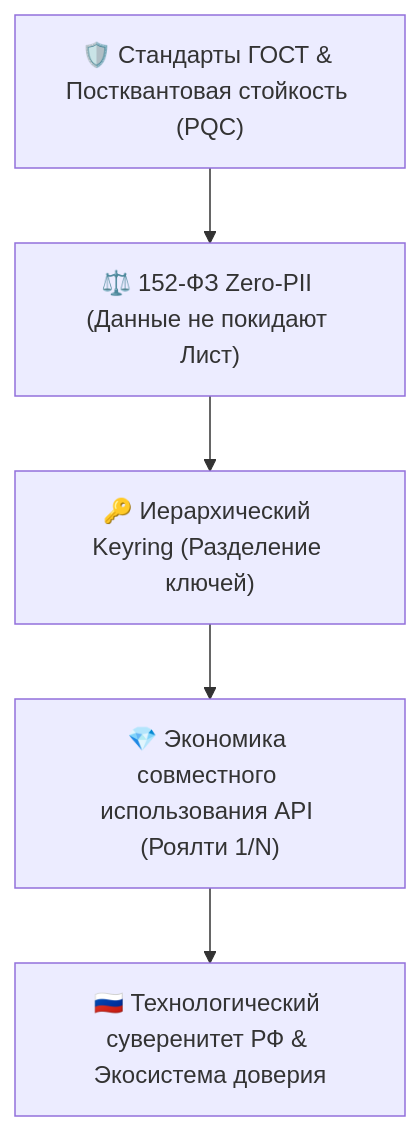
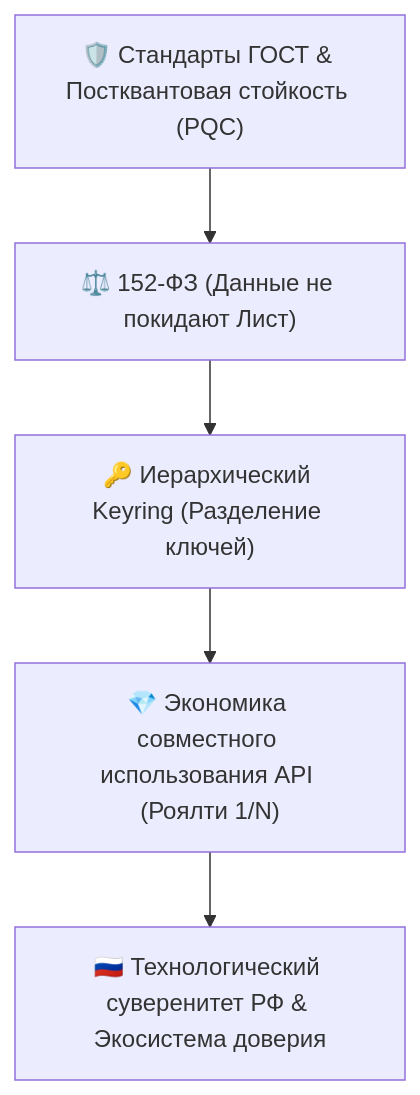
One commit to Data-Independence-Network/presentations changed the first of 10 diagrams in architecture_presentations/07_cryptography_and_api_economy/docs/presentation_deck.md. Above: the diagram before and after it, drawn with Mermaid. The commit also changed other lines of this file and 88 other files, not shown here.

```diff
--- a/architecture_presentations/07_cryptography_and_api_economy/docs/presentation_deck.md
+++ b/architecture_presentations/07_cryptography_and_api_economy/docs/presentation_deck.md
@@ -25,12 +25,12 @@
         <div class="mermaid">
 graph TD
     GOST["🛡️ Стандарты ГОСТ & Постквантовая стойкость (PQC)"]
-    ZeroPII["⚖️ 152-ФЗ Zero-PII (Данные не покидают Лист)"]
+    ZeroPII["⚖️ 152-ФЗ (Данные не покидают Лист)"]
     Keyring["🔑 Иерархический Keyring (Разделение ключей)"]
     Economy["💎 Экономика совместного использования API (Роялти 1/N)"]
 
     GOST --> ZeroPII
     ZeroPII --> Keyring
     Keyring --> Economy
     Economy --> Sovereign["🇷🇺 Технологический суверенитет РФ & Экосистема доверия"]
         </div>
```
